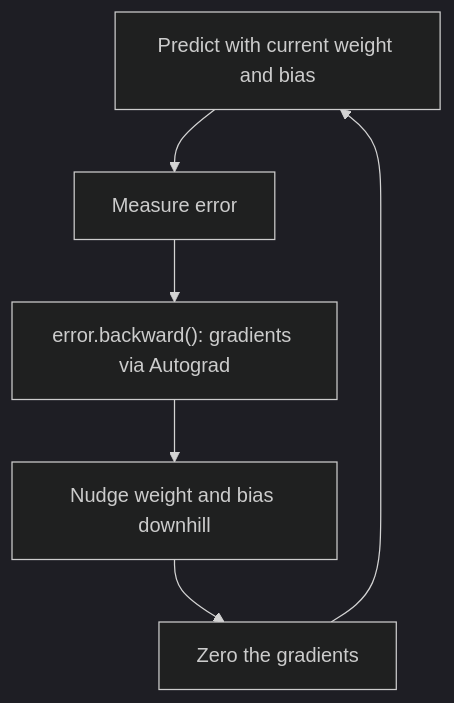
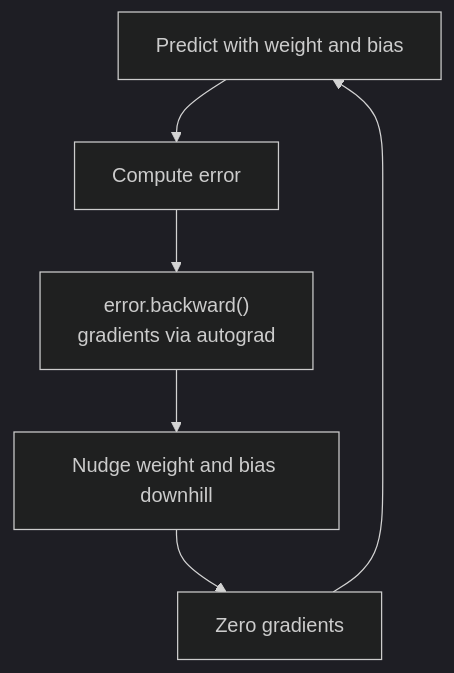
One commit to kaisarnajar/outcome-school-blogs changed the second of 2 diagrams in notes/step-02-deep-learning-and-neural-networks/042-how-does-pytorch-work.md. Above: the diagram before and after it, drawn with Mermaid (dark theme). The commit also changed other lines of this file and 233 other files, not shown here.

````diff
--- a/notes/step-02-deep-learning-and-neural-networks/042-how-does-pytorch-work.md
+++ b/notes/step-02-deep-learning-and-neural-networks/042-how-does-pytorch-work.md
@@ -57,8 +86,8 @@
 ```mermaid
 flowchart TD
-    A["Predict with current weight and bias"] --> B["Measure error"]
-    B --> C["error.backward(): gradients via Autograd"]
-    C --> D["Nudge weight and bias downhill"]
-    D --> E["Zero the gradients"]
-    E --> A
+    S1["Predict with weight and bias"] --> S2["Compute error"]
+    S2 --> S3["error.backward()<br/>gradients via autograd"]
+    S3 --> S4["Nudge weight and bias downhill"]
+    S4 --> S5["Zero gradients"]
+    S5 --> S1
 ```
````
